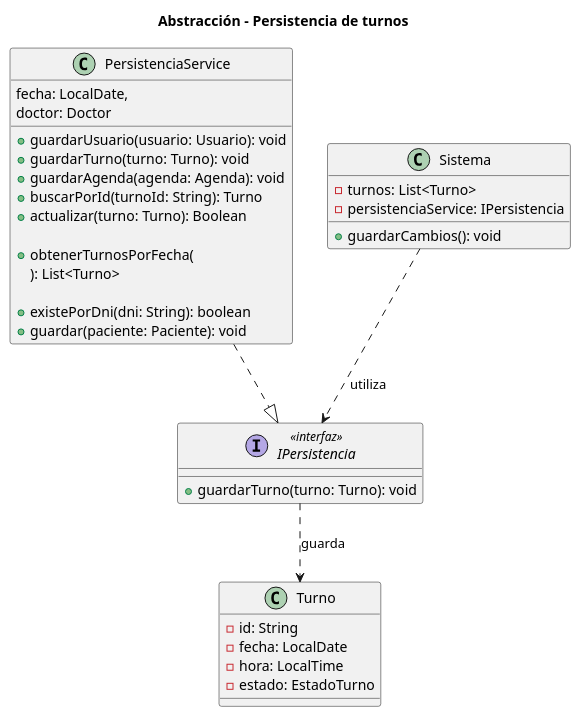
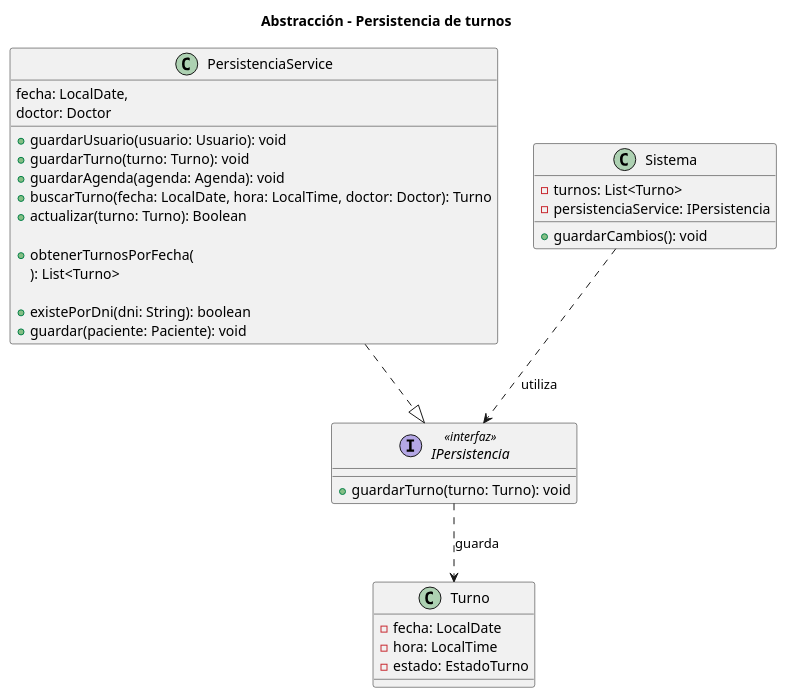
One commit to FacundoGuiraldes/SistemaTurnosMedicos changed the diagram in anexos/fundamentos-doo-mesa-645003-matricula-159237/doo-abstraccion.puml. Above: the diagram before and after it, drawn with PlantUML. The commit also changed 8 other files, not shown here.

```diff
--- a/anexos/fundamentos-doo-mesa-645003-matricula-159237/doo-abstraccion.puml
+++ b/anexos/fundamentos-doo-mesa-645003-matricula-159237/doo-abstraccion.puml
@@ -1,42 +1,41 @@
 @startuml
 title Abstracción - Persistencia de turnos
 
 interface IPersistencia <<interfaz>> {
     + guardarTurno(turno: Turno): void
 }
 
 class PersistenciaService {
     + guardarUsuario(usuario: Usuario): void
     + guardarTurno(turno: Turno): void
     + guardarAgenda(agenda: Agenda): void
-    + buscarPorId(turnoId: String): Turno
+    + buscarTurno(fecha: LocalDate, hora: LocalTime, doctor: Doctor): Turno
     + actualizar(turno: Turno): Boolean
 
     + obtenerTurnosPorFecha(
         fecha: LocalDate,
         doctor: Doctor
       ): List<Turno>
 
     + existePorDni(dni: String): boolean
     + guardar(paciente: Paciente): void
 }
 
 class Sistema {
     - turnos: List<Turno>
     - persistenciaService: IPersistencia
 
     + guardarCambios(): void
 }
 
 class Turno {
-    - id: String
     - fecha: LocalDate
     - hora: LocalTime
     - estado: EstadoTurno
 }
 
 PersistenciaService ..|> IPersistencia
 Sistema ..> IPersistencia : utiliza
 IPersistencia ..> Turno : guarda
 
 @enduml
```
